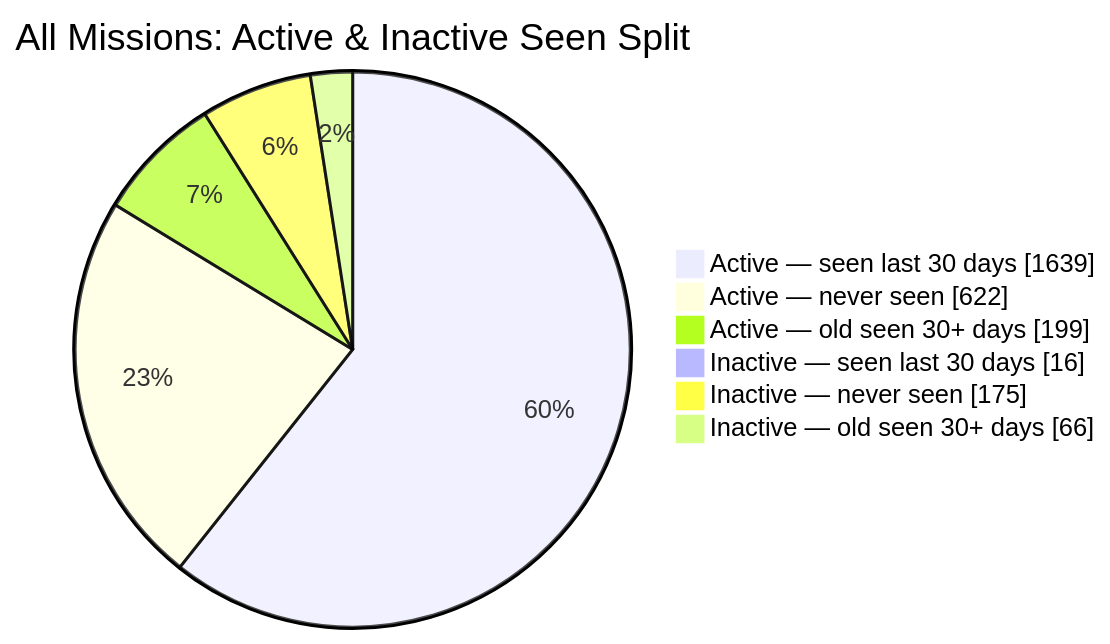
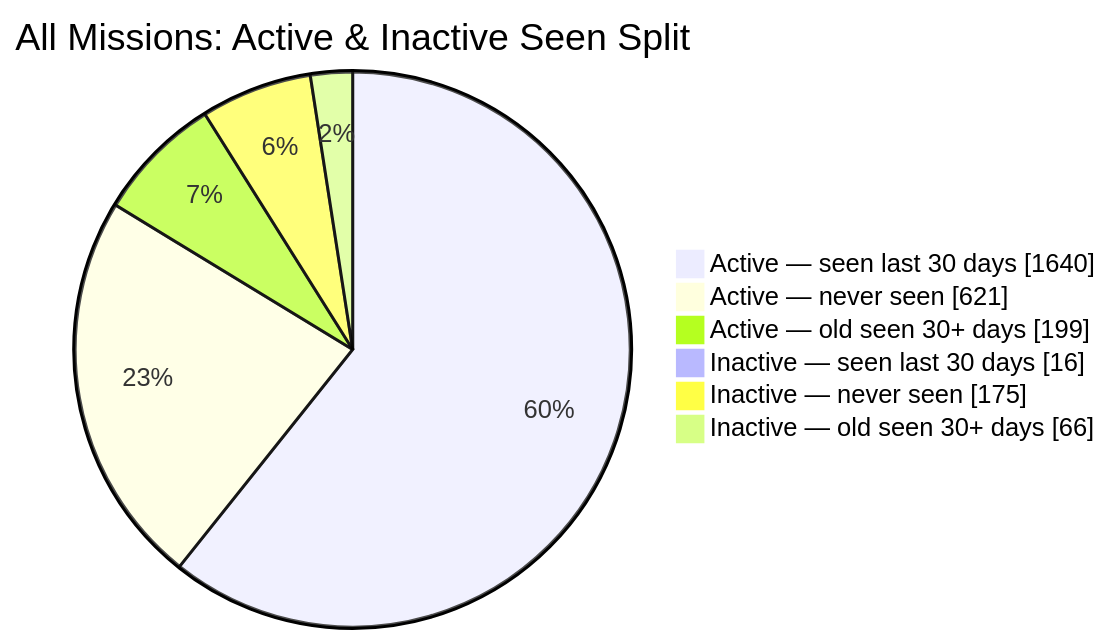
The second of 2 diagrams in README.md (MeldkamerspelGameTeam/active-missions), drawn with Mermaid before and after one commit. The commit also changed other lines of this file and 2 other files, not shown here.

````diff
--- a/README.md
+++ b/README.md
@@ -44,10 +44,10 @@
 ```mermaid
 pie showData
     title All Missions: Active & Inactive Seen Split
-    "Active — seen last 30 days" : 1639
-    "Active — never seen" : 622
+    "Active — seen last 30 days" : 1640
+    "Active — never seen" : 621
     "Active — old seen 30+ days" : 199
     "Inactive — seen last 30 days" : 16
     "Inactive — never seen" : 175
     "Inactive — old seen 30+ days" : 66
 ```
````
